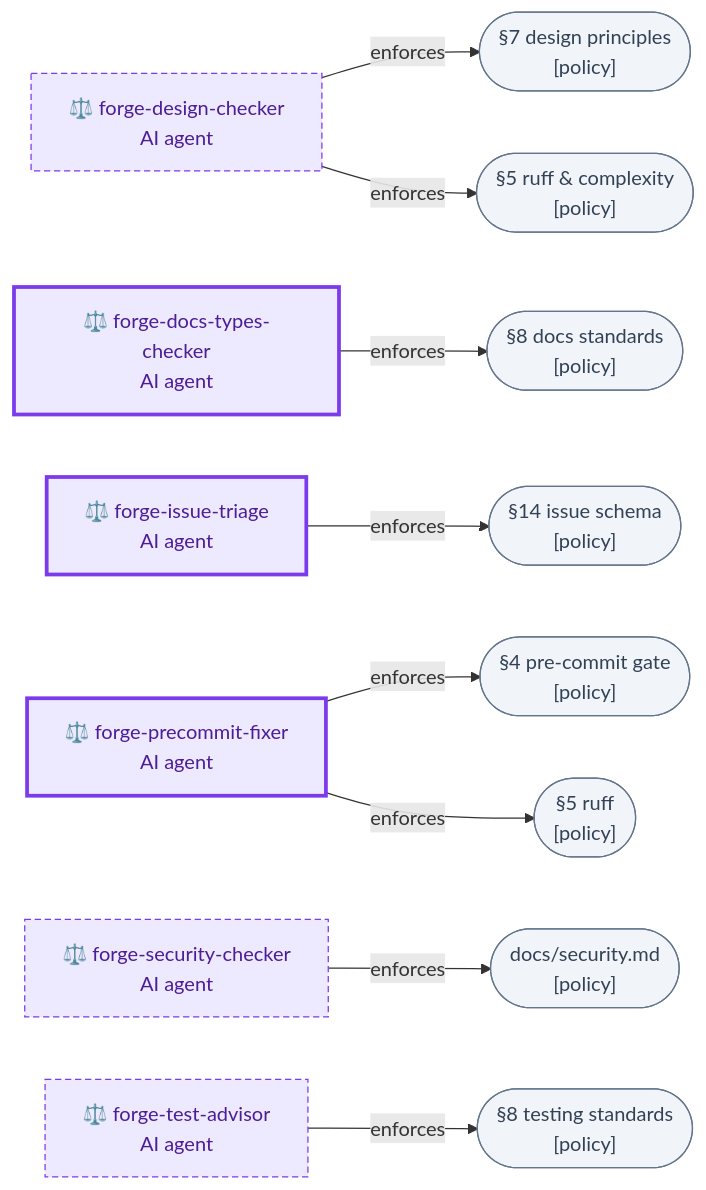
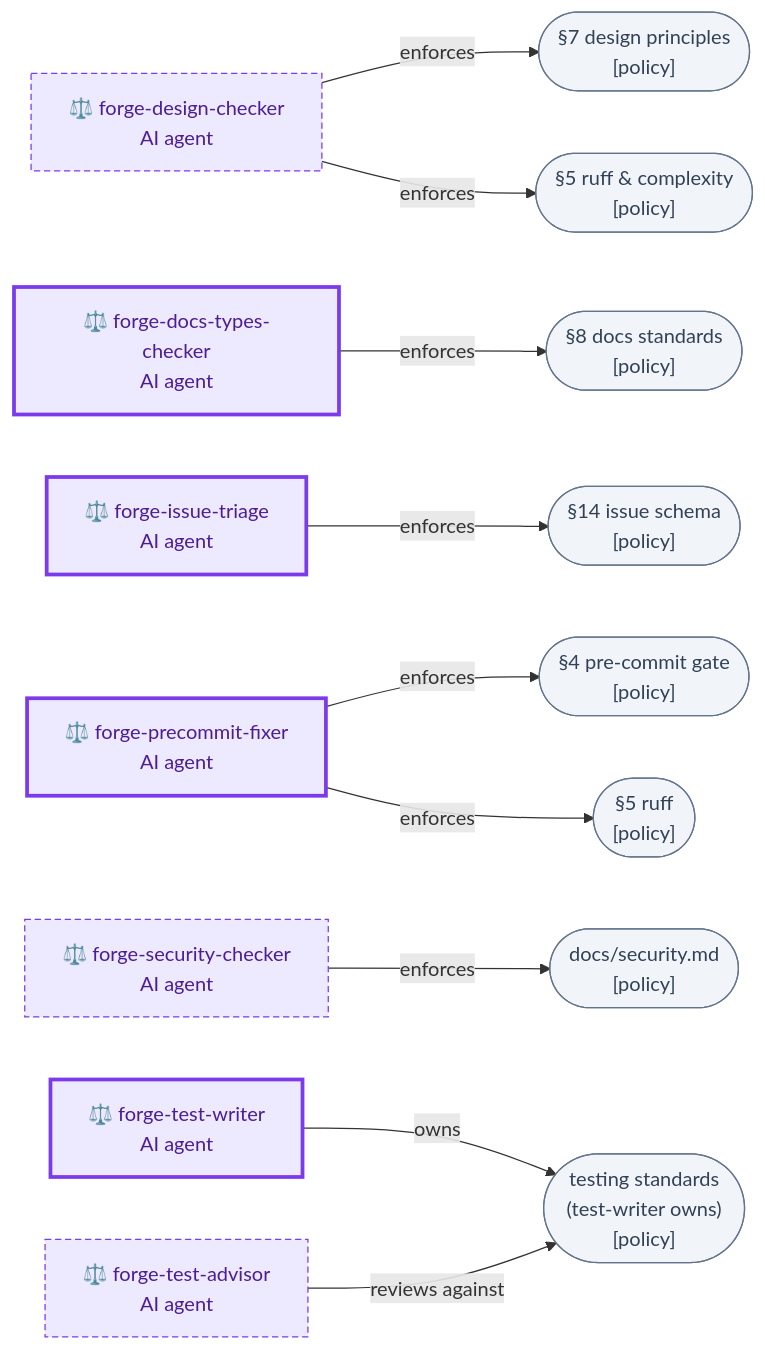
Before and after one commit to misnaej/forge: the first of 7 diagrams in docs/agent-architecture.md, drawn with Mermaid. The commit also changed 38 other files, not shown here.

````diff
--- a/docs/agent-architecture.md
+++ b/docs/agent-architecture.md
@@ -37,54 +37,58 @@
 ```mermaid
 graph LR
   classDef person fill:#fef9c3,stroke:#ca8a04,color:#713f12
   classDef agent fill:#ede9fe,stroke:#7c3aed,color:#4c1d95
   classDef skill fill:#ffedd5,stroke:#ea580c,color:#7c2d12
   classDef hook fill:#fee2e2,stroke:#dc2626,color:#7f1d1d
   classDef cli fill:#dcfce7,stroke:#15803d,color:#14532d
   classDef policy fill:#f1f5f9,stroke:#64748b,color:#334155
   classDef orchestrator fill:#c7d2fe,stroke:#4338ca,color:#1e1b4b,stroke-width:2px
   classDef reporter stroke-dasharray:5 3
   classDef mutator stroke-width:3px
   design_checker["⚖️ forge-design-checker<br/>AI agent"]
   docs_types_checker["⚖️ forge-docs-types-checker<br/>AI agent"]
   issue_triage["⚖️ forge-issue-triage<br/>AI agent"]
   precommit_fixer["⚖️ forge-precommit-fixer<br/>AI agent"]
   security_checker["⚖️ forge-security-checker<br/>AI agent"]
   test_advisor["⚖️ forge-test-advisor<br/>AI agent"]
+  test_writer["⚖️ forge-test-writer<br/>AI agent"]
   docs_security_md(["docs/security.md<br/>[policy]"])
   _14_issue_schema(["§14 issue schema<br/>[policy]"])
   _4_pre_commit_gate(["§4 pre-commit gate<br/>[policy]"])
   _5_ruff(["§5 ruff<br/>[policy]"])
   _5_ruff___complexity(["§5 ruff & complexity<br/>[policy]"])
   _7_design_principles(["§7 design principles<br/>[policy]"])
   _8_docs_standards(["§8 docs standards<br/>[policy]"])
-  _8_testing_standards(["§8 testing standards<br/>[policy]"])
+  _8_testing_standards(["testing standards<br/>(test-writer owns)<br/>[policy]"])
   design_checker -->|enforces| _7_design_principles
   design_checker -->|enforces| _5_ruff___complexity
   precommit_fixer -->|enforces| _4_pre_commit_gate
   precommit_fixer -->|enforces| _5_ruff
   docs_types_checker -->|enforces| _8_docs_standards
-  test_advisor -->|enforces| _8_testing_standards
+  test_writer -->|owns| _8_testing_standards
+  test_advisor -->|reviews against| _8_testing_standards
   security_checker -->|enforces| docs_security_md
   issue_triage -->|enforces| _14_issue_schema
   class design_checker agent
   class design_checker reporter
   class docs_types_checker agent
   class docs_types_checker mutator
   class issue_triage agent
   class issue_triage mutator
   class precommit_fixer agent
   class precommit_fixer mutator
   class security_checker agent
   class security_checker reporter
   class test_advisor agent
   class test_advisor reporter
+  class test_writer agent
+  class test_writer mutator
   class docs_security_md policy
   class _14_issue_schema policy
   class _4_pre_commit_gate policy
   class _5_ruff policy
   class _5_ruff___complexity policy
   class _7_design_principles policy
   class _8_docs_standards policy
   class _8_testing_standards policy
 ```
````
